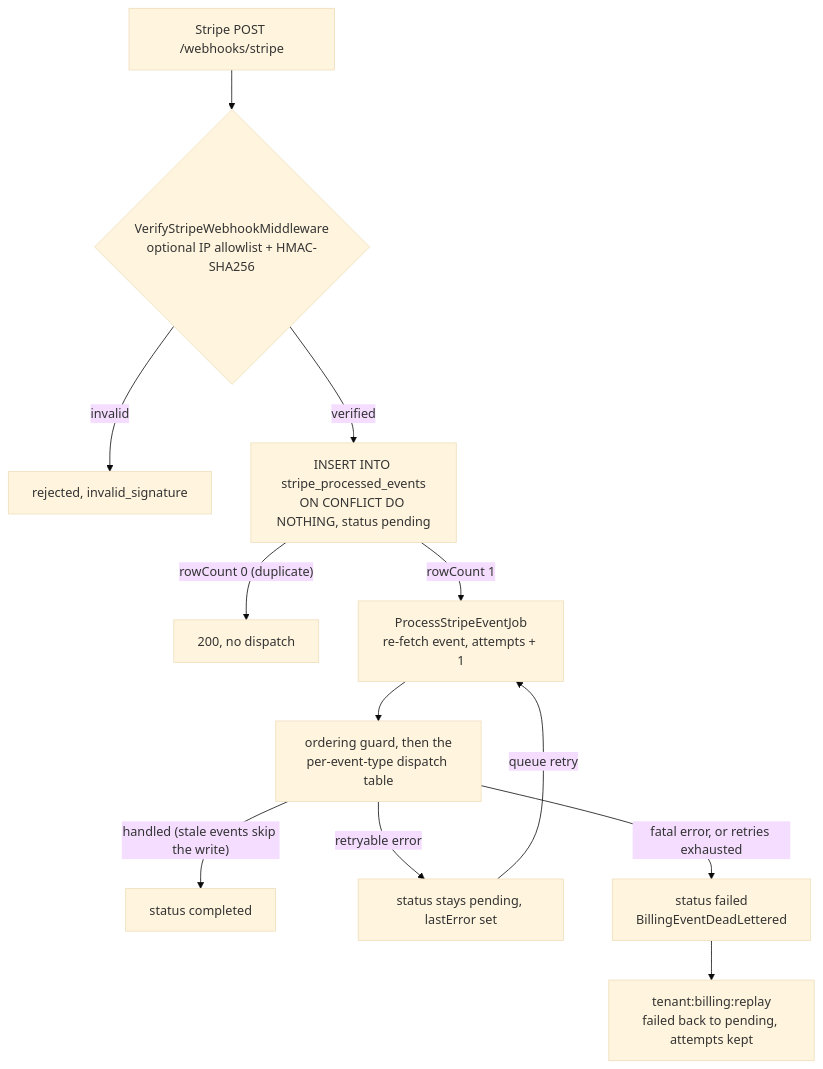
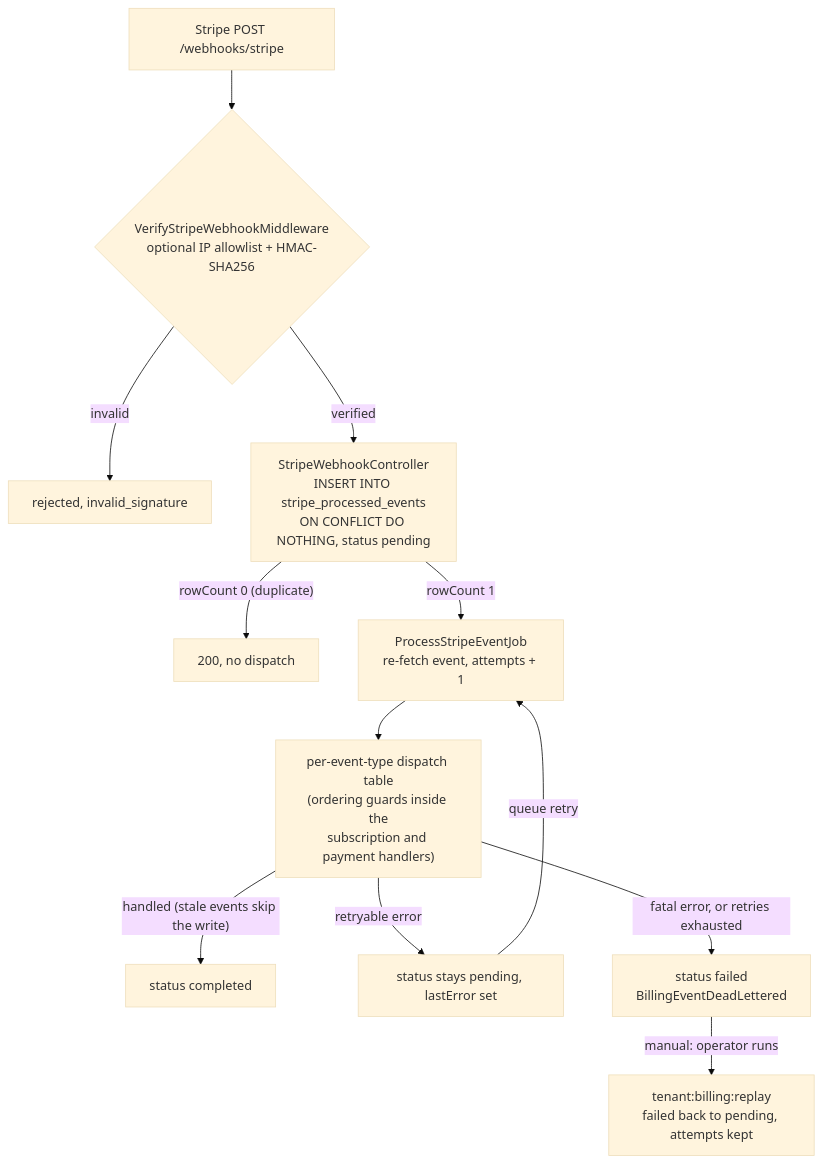
The first of 2 diagrams in docs/docs/satellites/billing.md (Arcoders/Adonisjs-lasagna-saas-tenancy), drawn with Mermaid (base theme) before and after one commit. The commit also changed other lines of this file and 3 other files, not shown here.

Commit message:
docs(diagrams): fix the nine review findings across the new mermaid pages

````diff
--- a/docs/docs/satellites/billing.md
+++ b/docs/docs/satellites/billing.md
@@ -120,14 +120,14 @@
 ```mermaid
 flowchart TB
   WH["Stripe POST /webhooks/stripe"] --> SIG{"VerifyStripeWebhookMiddleware<br/>optional IP allowlist + HMAC-SHA256"}
   SIG -->|invalid| REJ["rejected, invalid_signature"]
-  SIG -->|verified| INS["INSERT INTO stripe_processed_events<br/>ON CONFLICT DO NOTHING, status pending"]
+  SIG -->|verified| INS["StripeWebhookController<br/>INSERT INTO stripe_processed_events<br/>ON CONFLICT DO NOTHING, status pending"]
   INS -->|"rowCount 0 (duplicate)"| ACK["200, no dispatch"]
   INS -->|"rowCount 1"| JOB["ProcessStripeEventJob<br/>re-fetch event, attempts + 1"]
-  JOB --> H["ordering guard, then the<br/>per-event-type dispatch table"]
+  JOB --> H["per-event-type dispatch table<br/>(ordering guards inside the<br/>subscription and payment handlers)"]
   H -->|"handled (stale events skip the write)"| DONE["status completed"]
   H -->|retryable error| RET["status stays pending, lastError set"]
   RET -->|queue retry| JOB
   H -->|"fatal error, or retries exhausted"| FAIL["status failed<br/>BillingEventDeadLettered"]
-  FAIL --> REP["tenant:billing:replay<br/>failed back to pending, attempts kept"]
+  FAIL -->|"manual: operator runs"| REP["tenant:billing:replay<br/>failed back to pending, attempts kept"]
 ```
````
